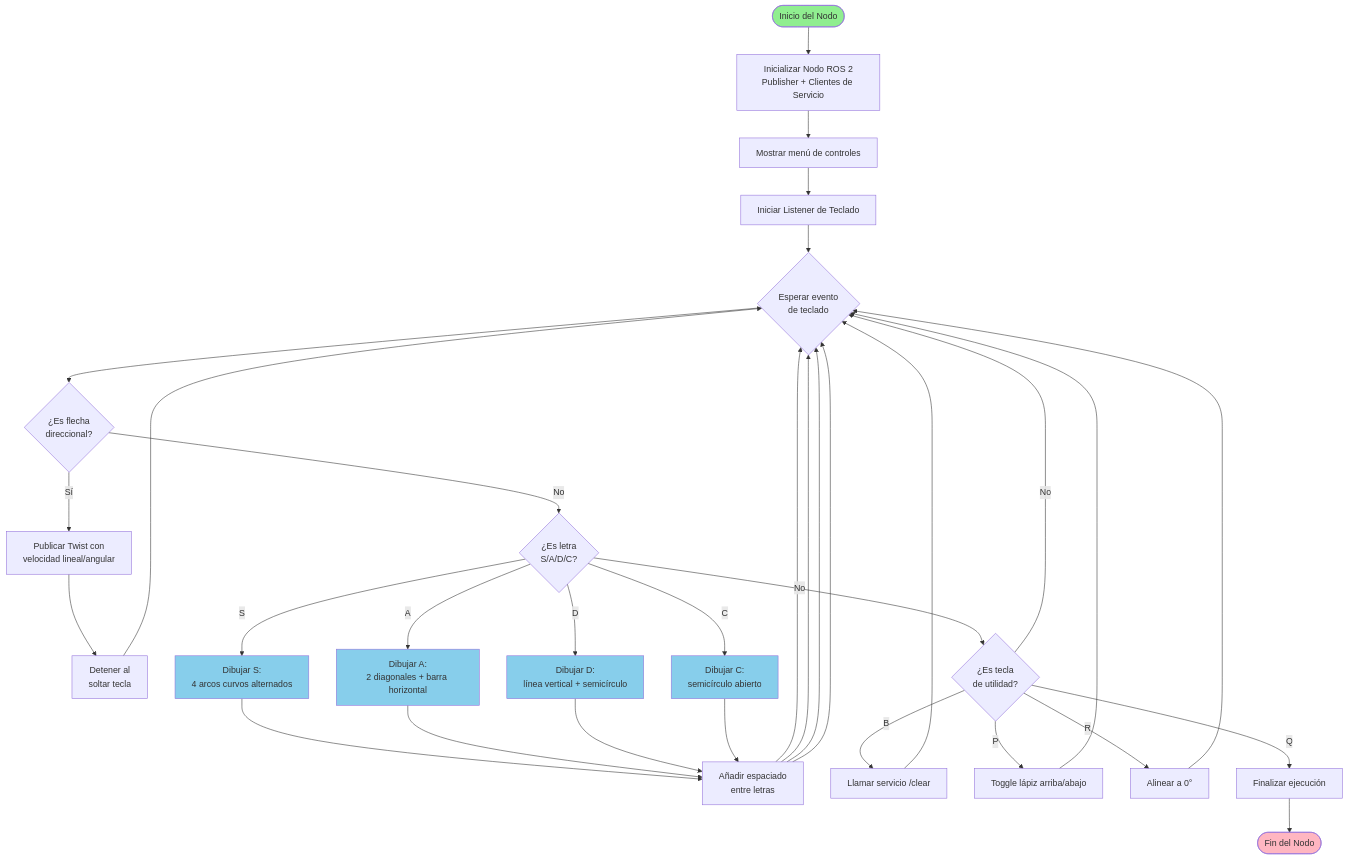
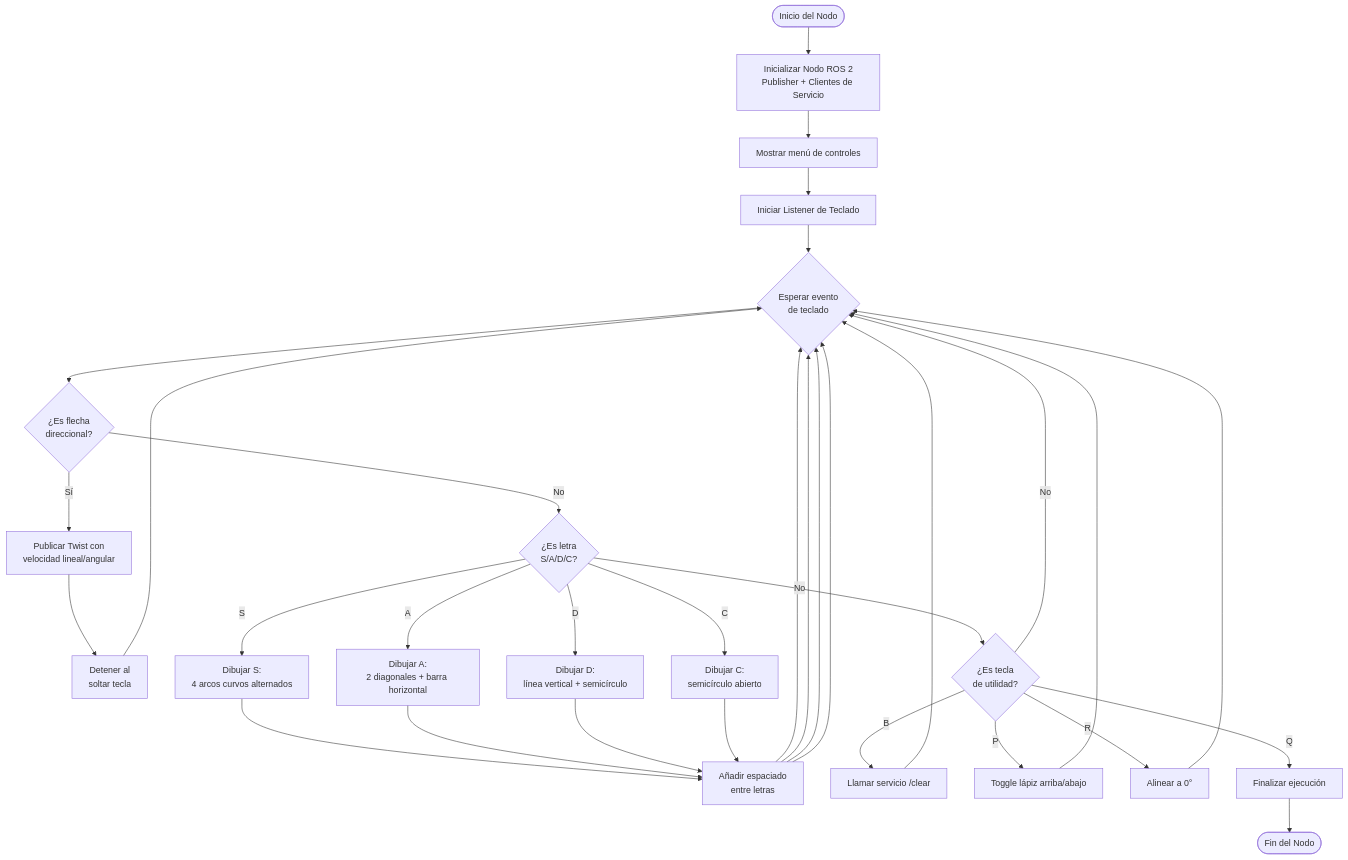
One commit to samsanchezcar/ROS2-Humble-Turtlesim changed the second of 2 diagrams in README.md. Above: the diagram before and after it, drawn with Mermaid. The commit also changed other lines of this file, not shown here.

Commit message:
Remove style definitions from README.md
Removed style definitions for various components in the README.

````diff
--- a/README.md
+++ b/README.md
@@ -304,52 +298,45 @@
 ```mermaid
 flowchart TD
     Start([Inicio del Nodo])
     Init[Inicializar Nodo ROS 2<br/>Publisher + Clientes de Servicio]
     PrintHelp[Mostrar menú de controles]
     StartListener[Iniciar Listener de Teclado]
     WaitKey{Esperar evento<br/>de teclado}
     
     CheckArrow{¿Es flecha<br/>direccional?}
     MoveLinear[Publicar Twist con<br/>velocidad lineal/angular]
     StopOnRelease[Detener al<br/>soltar tecla]
     
     CheckLetter{¿Es letra<br/>S/A/D/C?}
     DrawS[Dibujar S:<br/>4 arcos curvos alternados]
     DrawA[Dibujar A:<br/>2 diagonales + barra horizontal]
     DrawD[Dibujar D:<br/>línea vertical + semicírculo]
     DrawC[Dibujar C:<br/>semicírculo abierto]
     AddSpace[Añadir espaciado<br/>entre letras]
     
     CheckUtil{¿Es tecla<br/>de utilidad?}
     ClearScreen[Llamar servicio /clear]
     TogglePen[Toggle lápiz arriba/abajo]
     ResetAngle[Alinear a 0°]
     Quit[Finalizar ejecución]
     
     End([Fin del Nodo])
     
     Start --> Init --> PrintHelp --> StartListener --> WaitKey
     
     WaitKey --> CheckArrow
     CheckArrow -->|Sí| MoveLinear --> StopOnRelease --> WaitKey
     CheckArrow -->|No| CheckLetter
     
     CheckLetter -->|S| DrawS --> AddSpace --> WaitKey
     CheckLetter -->|A| DrawA --> AddSpace --> WaitKey
     CheckLetter -->|D| DrawD --> AddSpace --> WaitKey
     CheckLetter -->|C| DrawC --> AddSpace --> WaitKey
     CheckLetter -->|No| CheckUtil
     
     CheckUtil -->|B| ClearScreen --> WaitKey
     CheckUtil -->|P| TogglePen --> WaitKey
     CheckUtil -->|R| ResetAngle --> WaitKey
     CheckUtil -->|Q| Quit --> End
     CheckUtil -->|No| WaitKey
-    
-    style Start fill:#90EE90
-    style End fill:#FFB6C1
-    style DrawS fill:#87CEEB
-    style DrawA fill:#87CEEB
-    style DrawD fill:#87CEEB
-    style DrawC fill:#87CEEB
 ```
````
